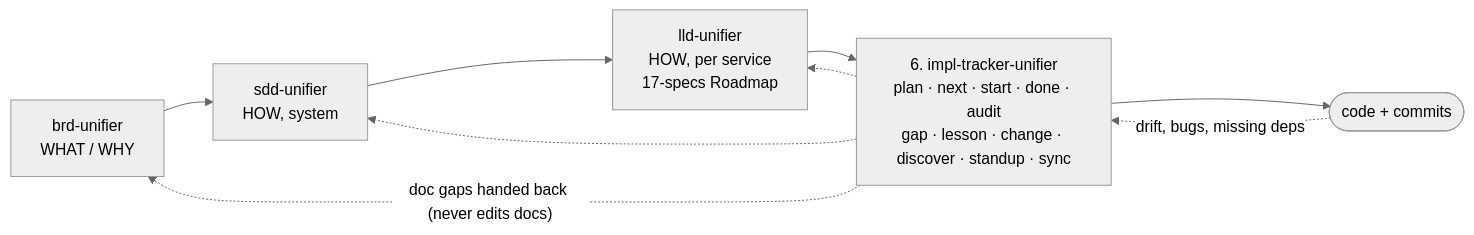
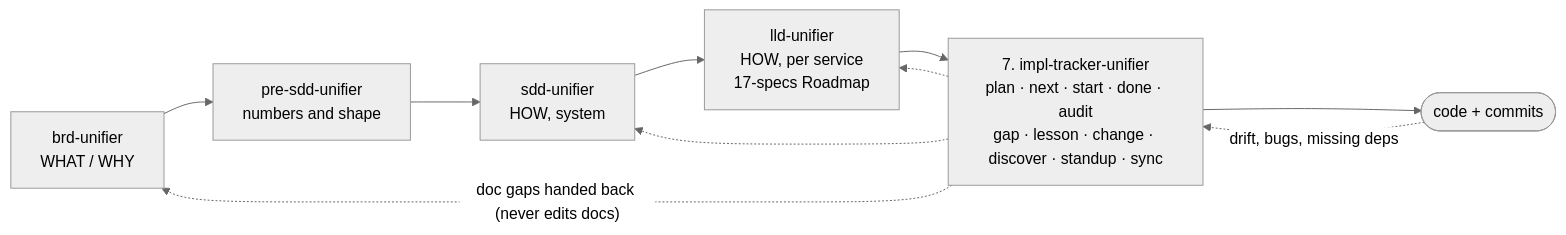
Before and after one commit to mhshahin01/builders-skills: the diagram in impl-tracker-unifier/README.md, drawn with Mermaid (neutral theme). The commit also changed 39 other files, not shown here.

First line of the commit message:
chore: consistency fixes and the pre-SDD build verification record

````diff
--- a/impl-tracker-unifier/README.md
+++ b/impl-tracker-unifier/README.md
@@ -7,11 +7,11 @@
 ```mermaid
 flowchart LR
-    brd["brd-unifier<br/>WHAT / WHY"] --> sdd["sdd-unifier<br/>HOW, system"]
+    brd["brd-unifier<br/>WHAT / WHY"] --> psdd["pre-sdd-unifier<br/>numbers and shape"] --> sdd["sdd-unifier<br/>HOW, system"]
     sdd --> lld["lld-unifier<br/>HOW, per service<br/>17-specs Roadmap"]
-    lld --> trk["6. impl-tracker-unifier<br/>plan · next · start · done · audit<br/>gap · lesson · change · discover · standup · sync"]
+    lld --> trk["7. impl-tracker-unifier<br/>plan · next · start · done · audit<br/>gap · lesson · change · discover · standup · sync"]
     trk --> code(["code + commits"])
     code -. "drift, bugs, missing deps" .-> trk
     trk -. "doc gaps handed back (never edits docs)" .-> brd
     trk -.-> sdd
     trk -.-> lld
 ```
````
